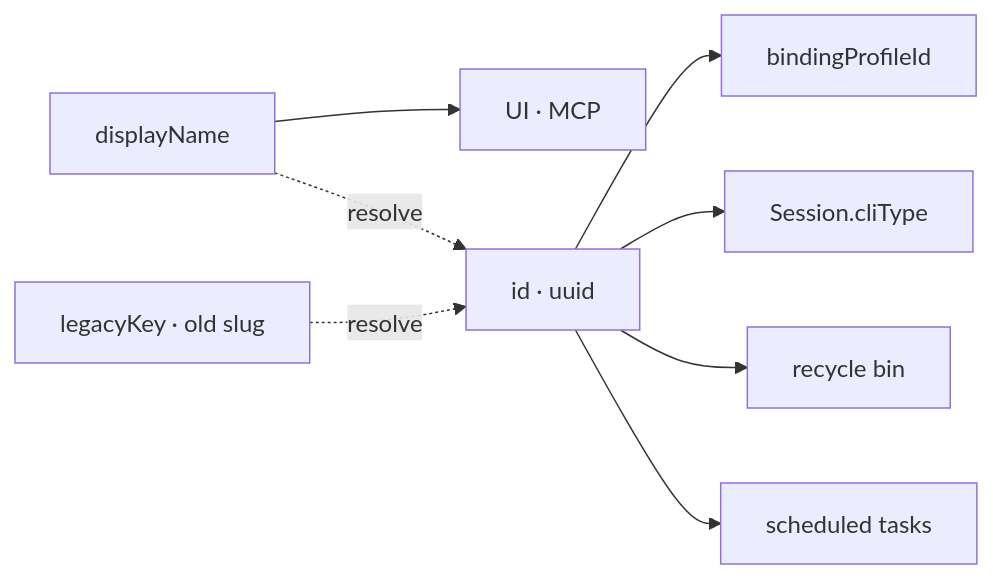
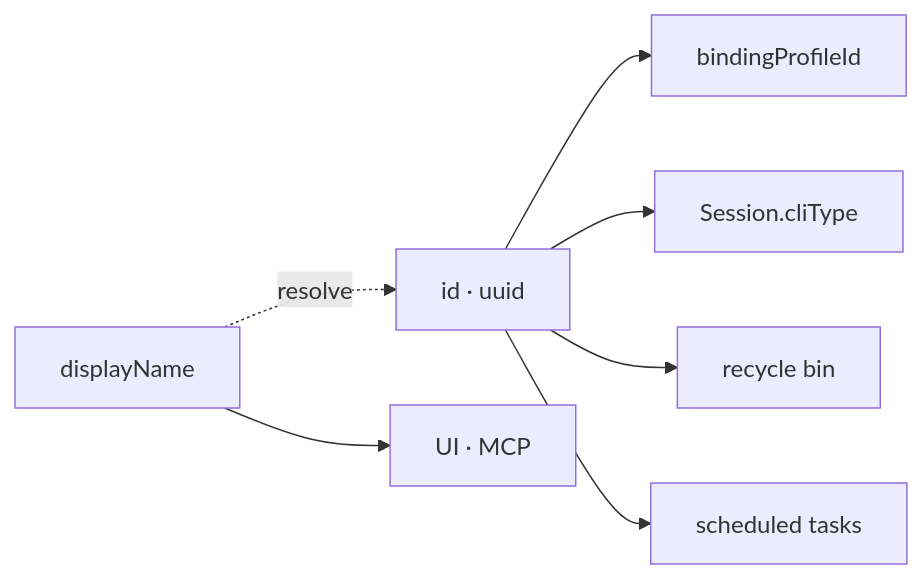
One commit to PetePeter/helm changed the first of 2 diagrams in docs/config-system.md. Above: the diagram before and after it, drawn with Mermaid. The commit also changed other lines of this file and 22 other files, not shown here.

First line of the commit message:
refactor: drop CLI type legacyKey slug alias, fix MCP setup env lookup

````diff
--- a/docs/config-system.md
+++ b/docs/config-system.md
@@ -33,10 +33,9 @@
 ```mermaid
 graph LR
     ID[id · uuid] --> BP[bindingProfileId]
     ID --> S[Session.cliType]
     ID --> RB[recycle bin]
     ID --> ST[scheduled tasks]
     DN[displayName] --> UI[UI · MCP]
     DN -.resolve.-> ID
-    LK[legacyKey · old slug] -.resolve.-> ID
 ```
````
